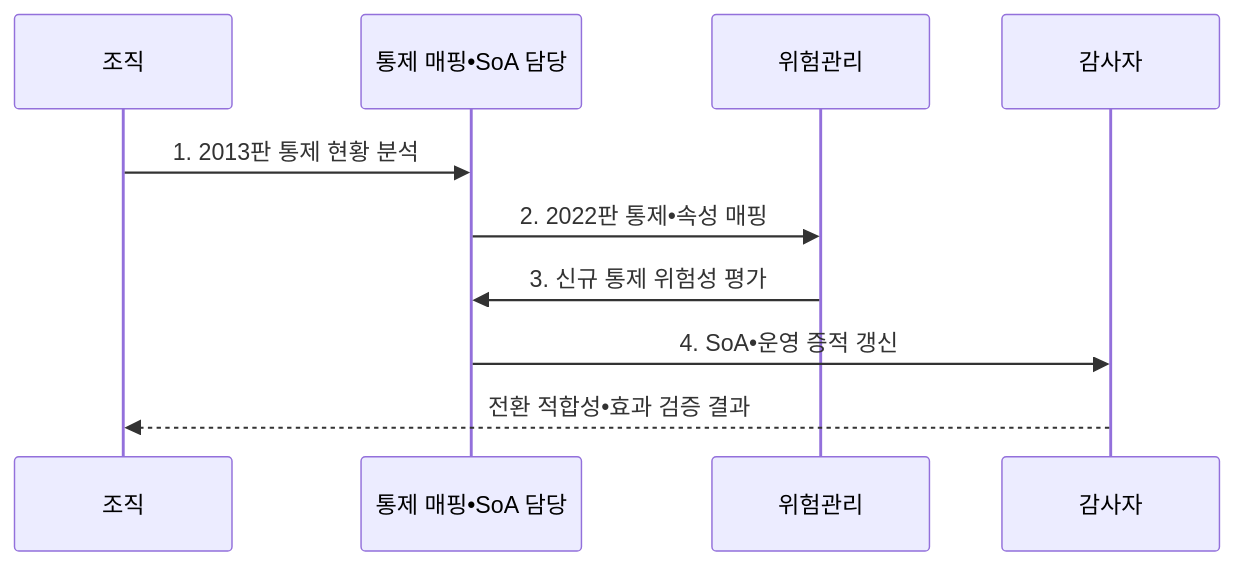
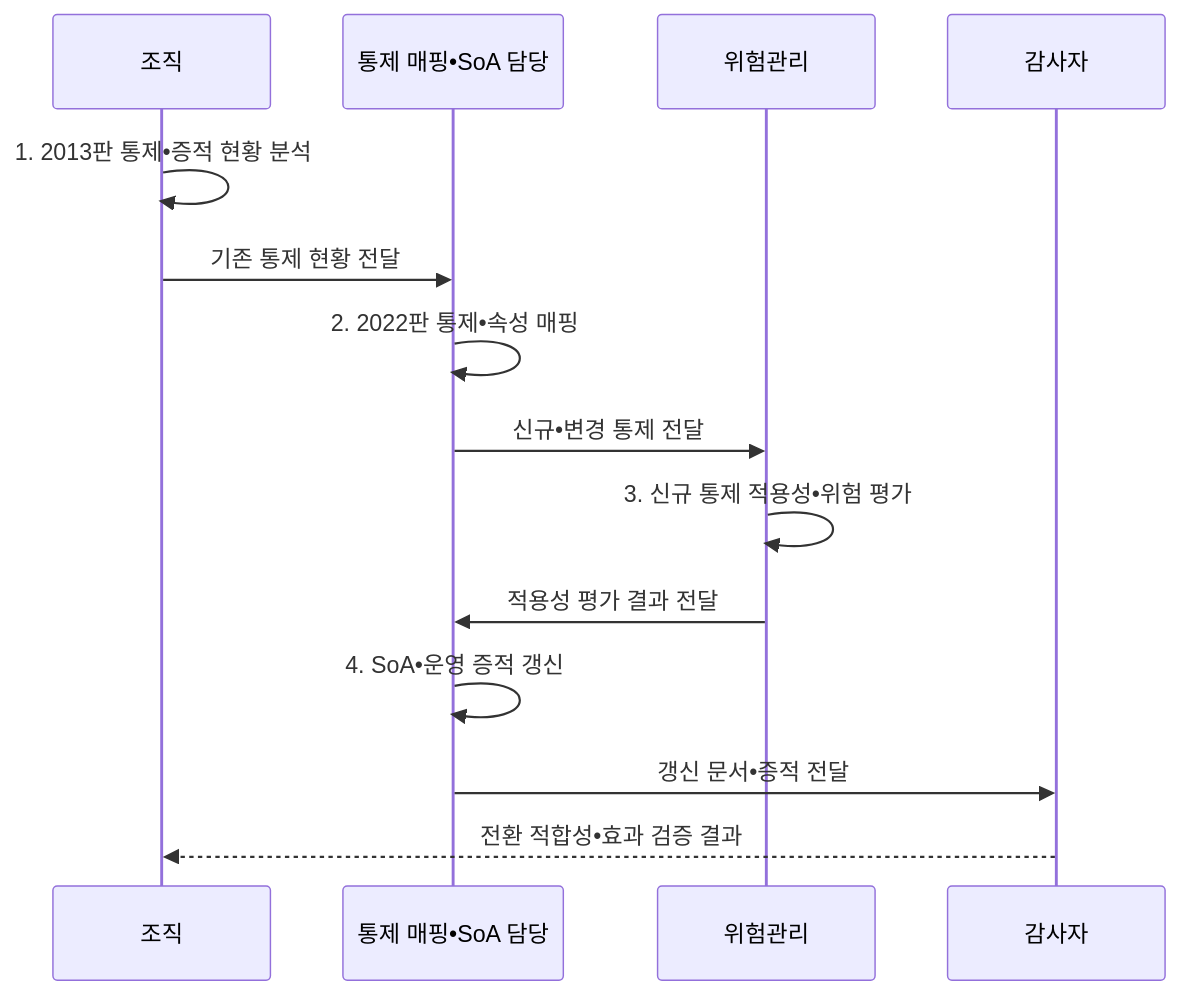
The second of 2 diagrams in src/content/docs/notes/05-security/106_iso_27001_2022_revision.md (agnusdei1207/knowledge-base), drawn with Mermaid before and after one commit. The commit also changed other lines of this file and 20 other files, not shown here.

````diff
--- a/src/content/docs/notes/05-security/106_iso_27001_2022_revision.md
+++ b/src/content/docs/notes/05-security/106_iso_27001_2022_revision.md
@@ -104,12 +104,16 @@
 ```mermaid
 sequenceDiagram
   participant O as 조직
   participant M as 통제 매핑•SoA 담당
   participant R as 위험관리
   participant A as 감사자
-  O->>M: 1. 2013판 통제 현황 분석
-  M->>R: 2. 2022판 통제•속성 매핑
-  R->>M: 3. 신규 통제 위험성 평가
-  M->>A: 4. SoA•운영 증적 갱신
+  O->>O: 1. 2013판 통제•증적 현황 분석
+  O->>M: 기존 통제 현황 전달
+  M->>M: 2. 2022판 통제•속성 매핑
+  M->>R: 신규•변경 통제 전달
+  R->>R: 3. 신규 통제 적용성•위험 평가
+  R->>M: 적용성 평가 결과 전달
+  M->>M: 4. SoA•운영 증적 갱신
+  M->>A: 갱신 문서•증적 전달
   A-->>O: 전환 적합성•효과 검증 결과
 ```
````
